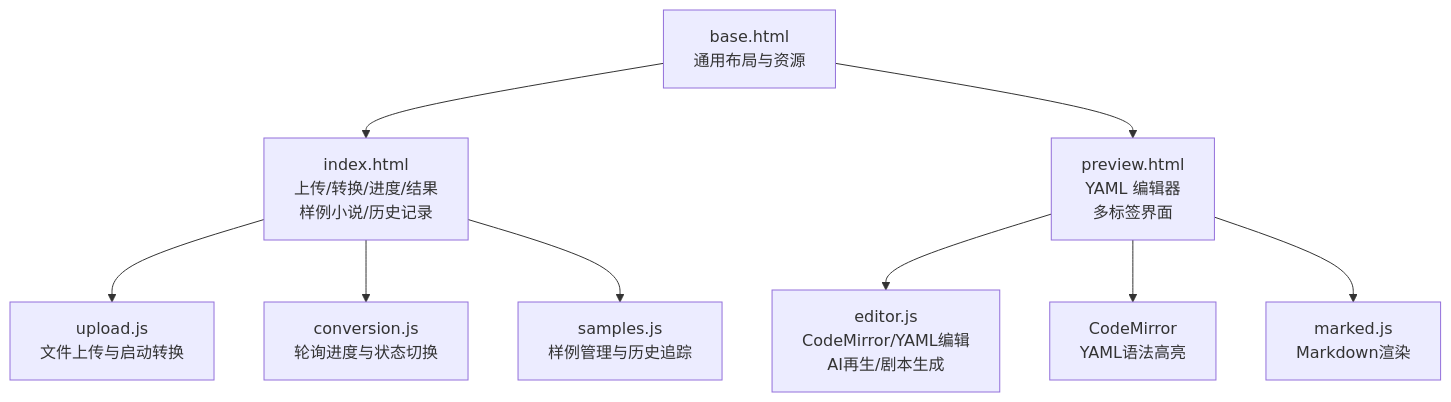
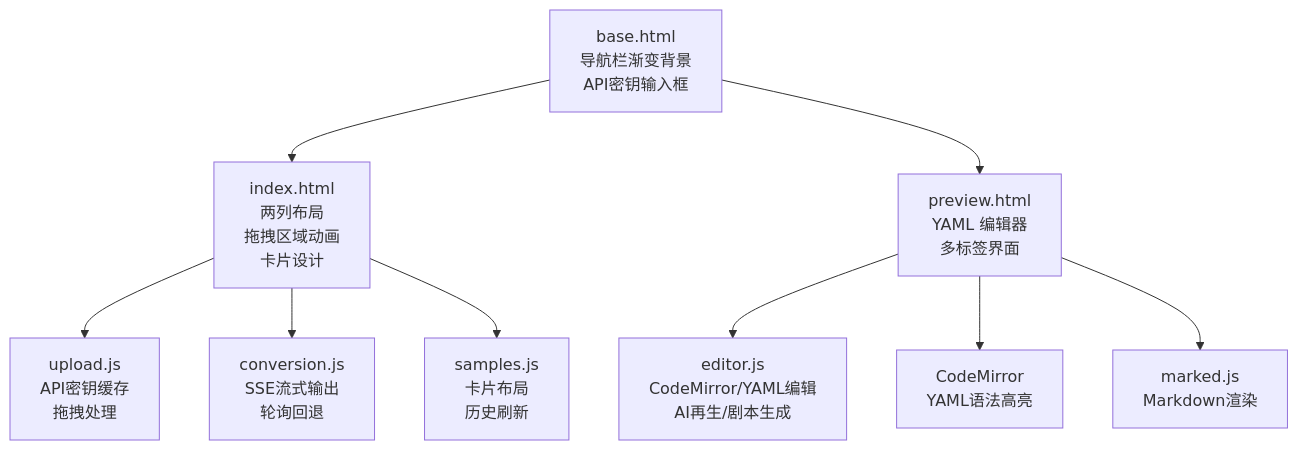
The third of 10 diagrams in .qoder/repowiki/zh/content/前端界面/前端界面.md (tjujingzong/Novel-to-Screenplay), drawn with Mermaid before and after one commit. The commit also changed other lines of this file and 6 other files, not shown here.

````diff
--- a/.qoder/repowiki/zh/content/前端界面/前端界面.md
+++ b/.qoder/repowiki/zh/content/前端界面/前端界面.md
@@ -250,11 +263,11 @@
 ```mermaid
 flowchart TD
-A["base.html<br/>通用布局与资源"] --> B["index.html<br/>上传/转换/进度/结果<br/>样例小说/历史记录"]
+A["base.html<br/>导航栏渐变背景<br/>API密钥输入框"] --> B["index.html<br/>两列布局<br/>拖拽区域动画<br/>卡片设计"]
 A --> C["preview.html<br/>YAML 编辑器<br/>多标签界面"]
-B --> D["upload.js<br/>文件上传与启动转换"]
-B --> E["conversion.js<br/>轮询进度与状态切换"]
-B --> F["samples.js<br/>样例管理与历史追踪"]
+B --> D["upload.js<br/>API密钥缓存<br/>拖拽处理"]
+B --> E["conversion.js<br/>SSE流式输出<br/>轮询回退"]
+B --> F["samples.js<br/>卡片布局<br/>历史刷新"]
 C --> G["editor.js<br/>CodeMirror/YAML编辑<br/>AI再生/剧本生成"]
 C --> H["CodeMirror<br/>YAML语法高亮"]
 C --> I["marked.js<br/>Markdown渲染"]
 ```
````
